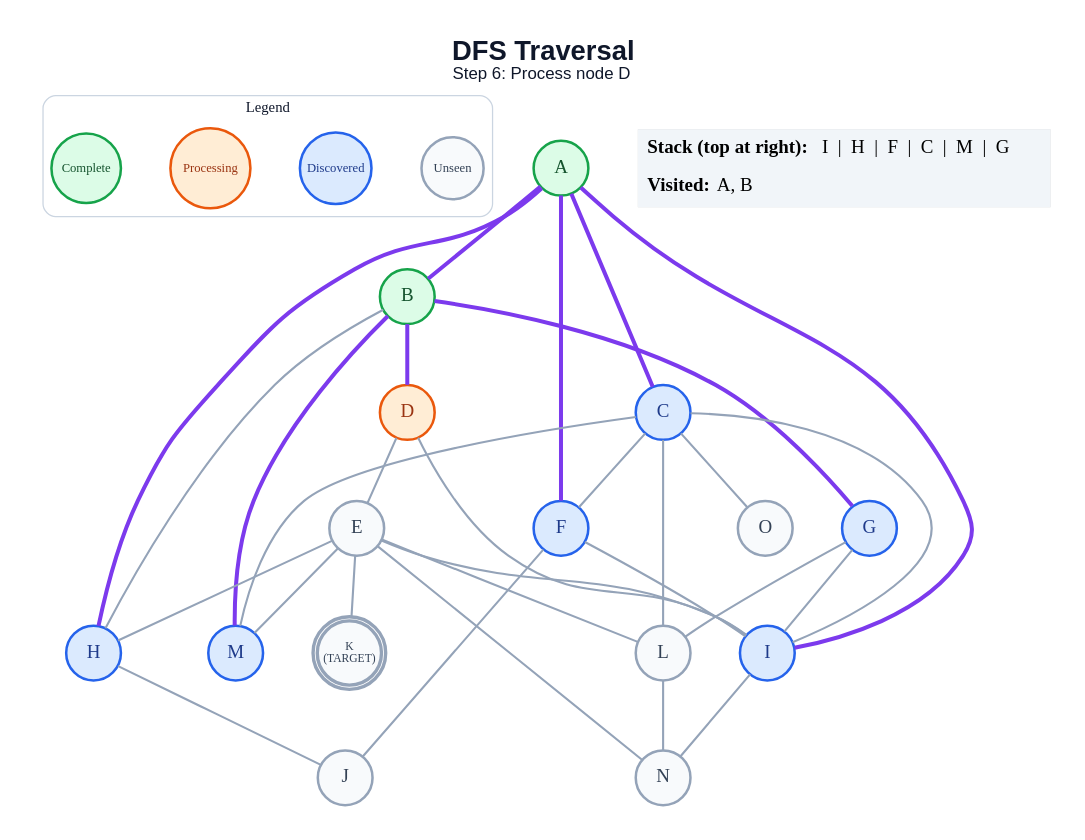
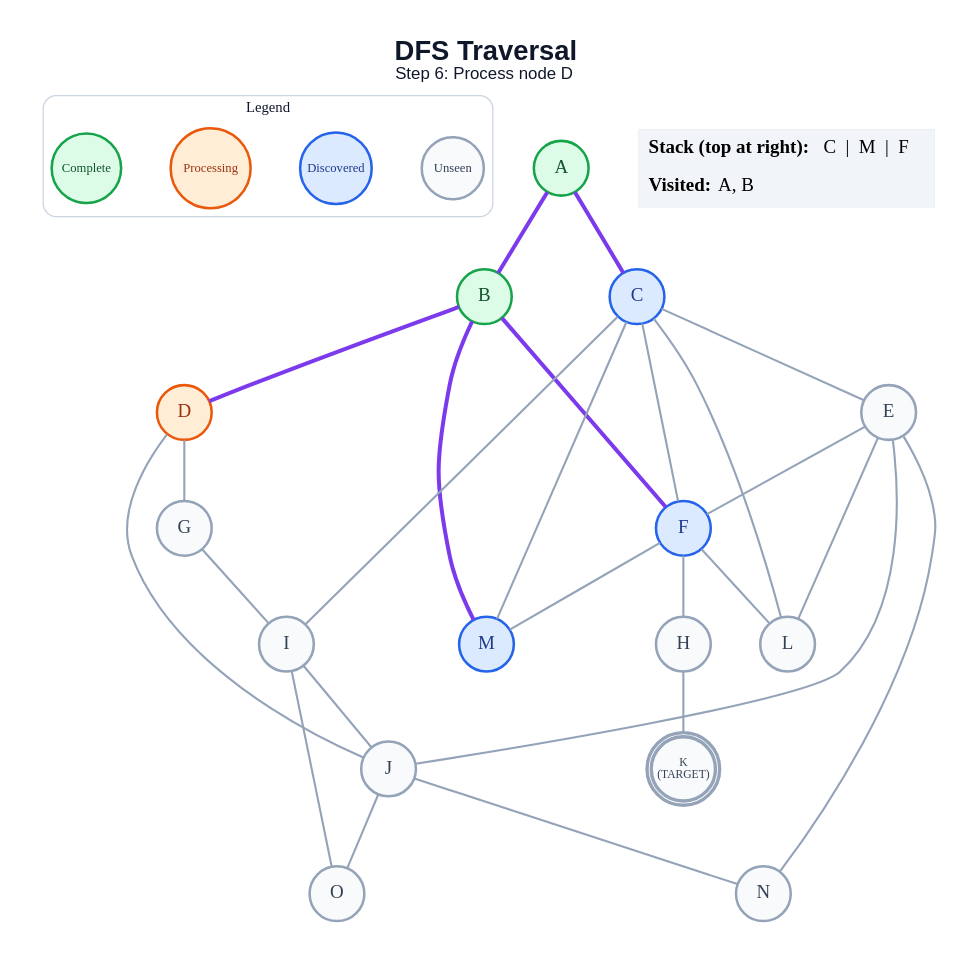
Before and after one commit to anon7238593-create/ai-slop: the diagram in generated/short-circuit/dfs/step_06.dot, drawn with Graphviz. The commit also changed 361 other files, not shown here.

```diff
--- a/generated/short-circuit/dfs/step_06.dot
+++ b/generated/short-circuit/dfs/step_06.dot
@@ -1,63 +1,59 @@
 graph traversal {
   graph [layout=dot, rankdir=TB, bgcolor="#FFFFFF", pad="0.35", nodesep="0.65", ranksep="0.8", fontname="Arial"];
   node [shape=circle, style="filled", fontname="Arial Bold", fontsize=18, width=0.72, fixedsize=true, penwidth=2.4];
   edge [color="#94A3B8", penwidth=2.0];
   label=<<B>DFS Traversal</B><BR/><FONT POINT-SIZE="16">Step 6: Process node D</FONT>>; labelloc="t"; fontsize=26; fontname="Arial"; fontcolor="#0F172A";
   subgraph cluster_legend { label="Legend"; color="#CBD5E1"; penwidth=1.2; style="rounded"; fontsize=14; fontname="Arial Bold";
     key_unseen [label="Unseen", fillcolor="#F8FAFC", color="#94A3B8", fontcolor="#334155", fontsize=12, width=0.82];
     key_frontier [label="Discovered", fillcolor="#DBEAFE", color="#2563EB", fontcolor="#1E3A8A", fontsize=12, width=0.95];
     key_current [label="Processing", fillcolor="#FFEDD5", color="#EA580C", fontcolor="#9A3412", fontsize=12, width=1.05];
     key_done [label="Complete", fillcolor="#DCFCE7", color="#16A34A", fontcolor="#14532D", fontsize=12, width=0.92];
     { rank=same; key_unseen; key_frontier; key_current; key_done; }
   }
   A [label="A", fillcolor="#DCFCE7", color="#16A34A", fontcolor="#14532D", peripheries=1, penwidth=2.4];
   B [label="B", fillcolor="#DCFCE7", color="#16A34A", fontcolor="#14532D", peripheries=1, penwidth=2.4];
   C [label="C", fillcolor="#DBEAFE", color="#2563EB", fontcolor="#1E3A8A", peripheries=1, penwidth=2.4];
   D [label="D", fillcolor="#FFEDD5", color="#EA580C", fontcolor="#9A3412", peripheries=1, penwidth=2.4];
   E [label="E", fillcolor="#F8FAFC", color="#94A3B8", fontcolor="#334155", peripheries=1, penwidth=2.4];
   F [label="F", fillcolor="#DBEAFE", color="#2563EB", fontcolor="#1E3A8A", peripheries=1, penwidth=2.4];
-  G [label="G", fillcolor="#DBEAFE", color="#2563EB", fontcolor="#1E3A8A", peripheries=1, penwidth=2.4];
-  H [label="H", fillcolor="#DBEAFE", color="#2563EB", fontcolor="#1E3A8A", peripheries=1, penwidth=2.4];
-  I [label="I", fillcolor="#DBEAFE", color="#2563EB", fontcolor="#1E3A8A", peripheries=1, penwidth=2.4];
+  G [label="G", fillcolor="#F8FAFC", color="#94A3B8", fontcolor="#334155", peripheries=1, penwidth=2.4];
+  H [label="H", fillcolor="#F8FAFC", color="#94A3B8", fontcolor="#334155", peripheries=1, penwidth=2.4];
+  I [label="I", fillcolor="#F8FAFC", color="#94A3B8", fontcolor="#334155", peripheries=1, penwidth=2.4];
   J [label="J", fillcolor="#F8FAFC", color="#94A3B8", fontcolor="#334155", peripheries=1, penwidth=2.4];
   K [label="K\n(TARGET)", fillcolor="#F8FAFC", color="#94A3B8", fontcolor="#334155", peripheries=2, penwidth=3.2, fontsize=11, width=0.85, height=0.85];
   L [label="L", fillcolor="#F8FAFC", color="#94A3B8", fontcolor="#334155", peripheries=1, penwidth=2.4];
   M [label="M", fillcolor="#DBEAFE", color="#2563EB", fontcolor="#1E3A8A", peripheries=1, penwidth=2.4];
   N [label="N", fillcolor="#F8FAFC", color="#94A3B8", fontcolor="#334155", peripheries=1, penwidth=2.4];
   O [label="O", fillcolor="#F8FAFC", color="#94A3B8", fontcolor="#334155", peripheries=1, penwidth=2.4];
   A -- B [color="#7C3AED", penwidth=3.8];
   A -- C [color="#7C3AED", penwidth=3.8];
-  A -- F [color="#7C3AED", penwidth=3.8];
-  A -- H [color="#7C3AED", penwidth=3.8];
-  A -- I [color="#7C3AED", penwidth=3.8];
   B -- D [color="#7C3AED", penwidth=3.8];
-  B -- G [color="#7C3AED", penwidth=3.8];
-  B -- H;
+  B -- F [color="#7C3AED", penwidth=3.8];
   B -- M [color="#7C3AED", penwidth=3.8];
+  C -- E;
   C -- F;
   C -- I;
   C -- L;
   C -- M;
-  C -- O;
-  D -- E;
-  D -- I;
-  E -- H;
-  E -- I;
-  E -- K;
+  D -- G;
+  D -- J;
+  E -- F;
+  E -- J;
   E -- L;
-  E -- M;
   E -- N;
-  F -- I;
-  F -- J;
+  F -- H;
+  F -- L;
+  F -- M;
   G -- I;
-  G -- L;
-  H -- J;
-  I -- N;
-  L -- N;
+  H -- K;
+  I -- J;
+  I -- O;
+  J -- N;
+  J -- O;
   status [shape=plain, fixedsize=false, width=0, height=0, margin=0, label=<
     <TABLE BORDER="0" CELLBORDER="0" CELLPADDING="7" BGCOLOR="#F1F5F9">
-      <TR><TD ALIGN="LEFT"><B>Stack (top at right):</B> I  |  H  |  F  |  C  |  M  |  G</TD></TR>
+      <TR><TD ALIGN="LEFT"><B>Stack (top at right):</B> C  |  M  |  F</TD></TR>
       <TR><TD ALIGN="LEFT"><B>Visited:</B> A, B</TD></TR>
     </TABLE>
   >];
 }
```
